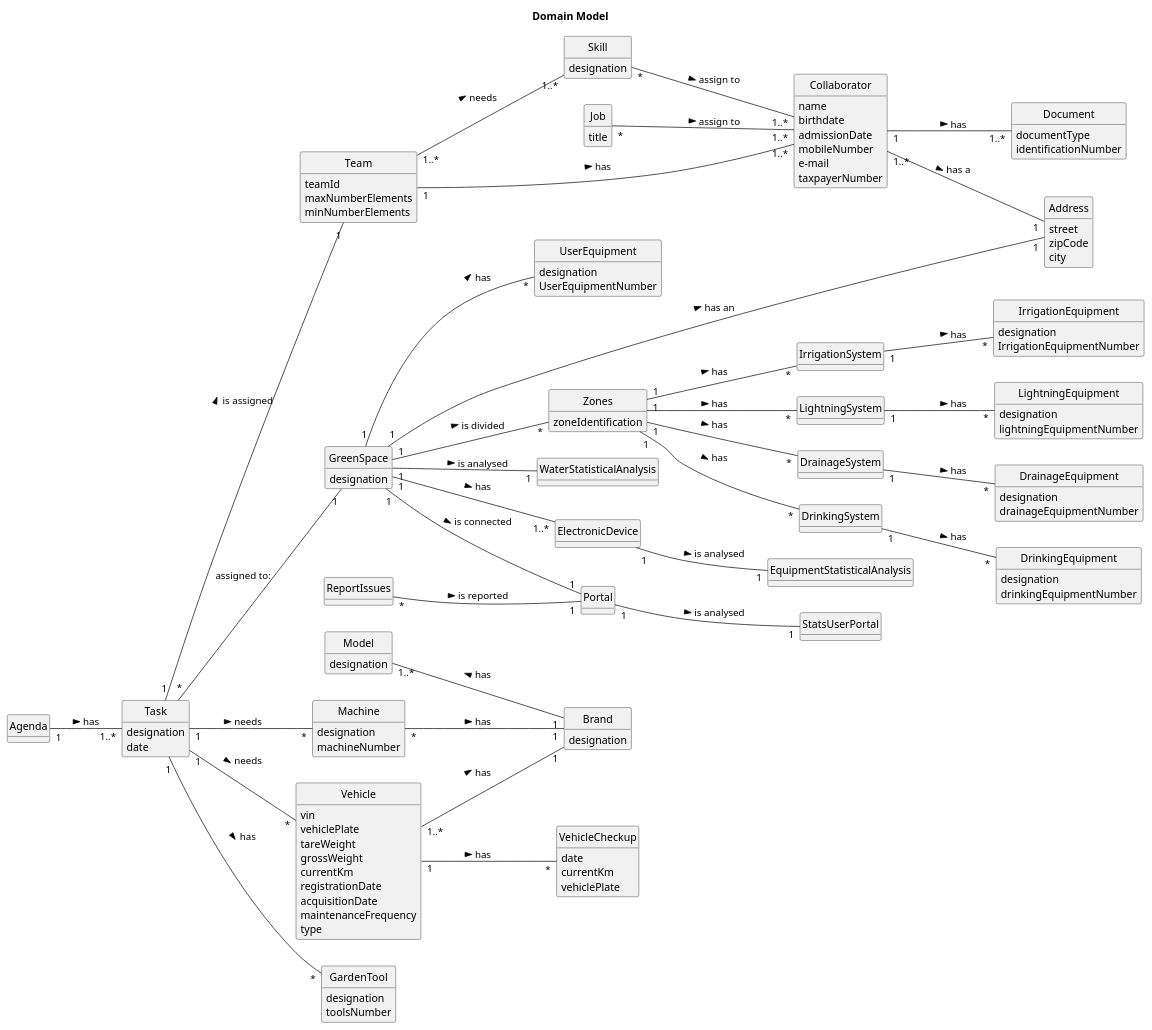
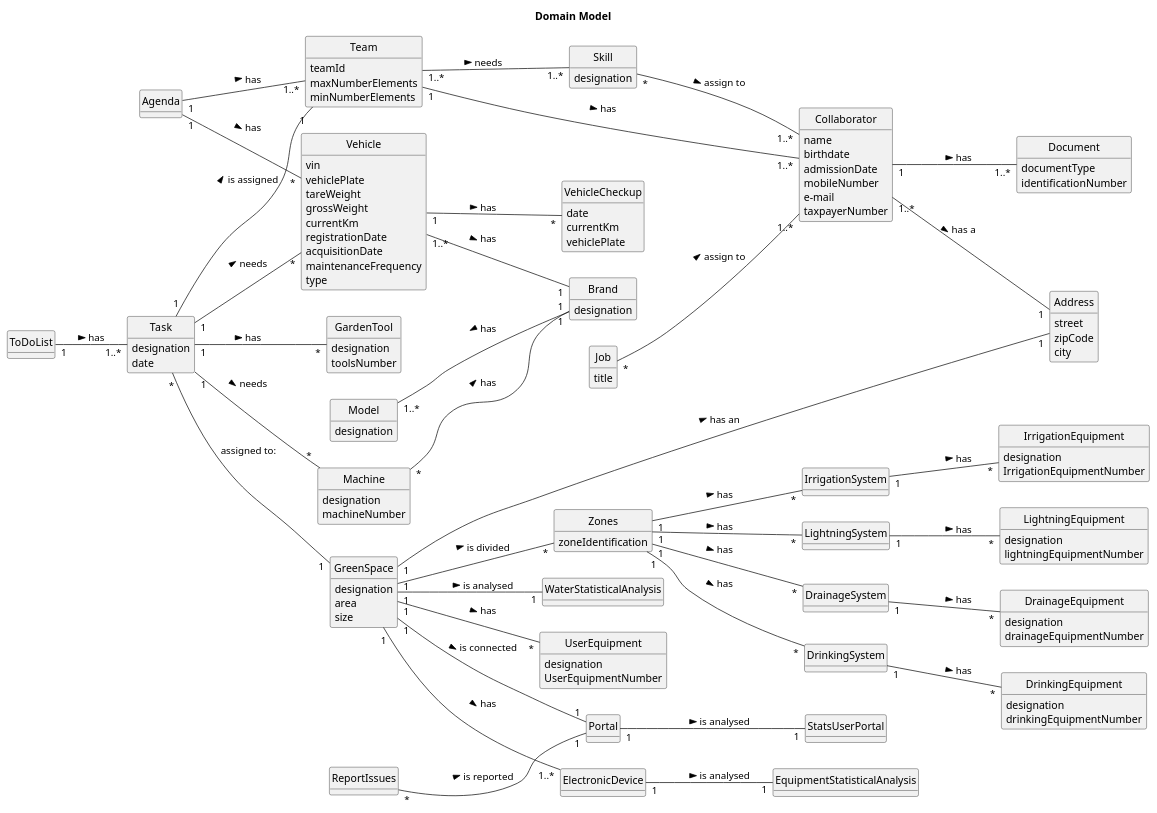
One commit to ricardomm7/leaflink changed the diagram in docs/sprintC/global-artifacts/02.analysis/puml/project-domain-model.puml. Above: the diagram before and after it, drawn with PlantUML.

Commit message:
Update domain model

```diff
--- a/docs/sprintC/global-artifacts/02.analysis/puml/project-domain-model.puml
+++ b/docs/sprintC/global-artifacts/02.analysis/puml/project-domain-model.puml
@@ -85,6 +85,8 @@
 
 class GreenSpace{
     designation
+    area
+    size
 }
 
 class Task{
@@ -106,6 +108,9 @@
 }
 
 class Portal{
+}
+
+class ToDoList{
 }
 
 class UserEquipment{
@@ -218,5 +223,10 @@
 
 Portal "1" -- "1" StatsUserPortal : is analysed >
 
-Agenda "1" -- "1..*" Task : has >
+ToDoList "1" -- "1..*" Task : has >
+
+Agenda "1" -- "1..*" Team : has >
+
+Agenda "1" -- "*" Vehicle : has >
+
 @enduml
```
